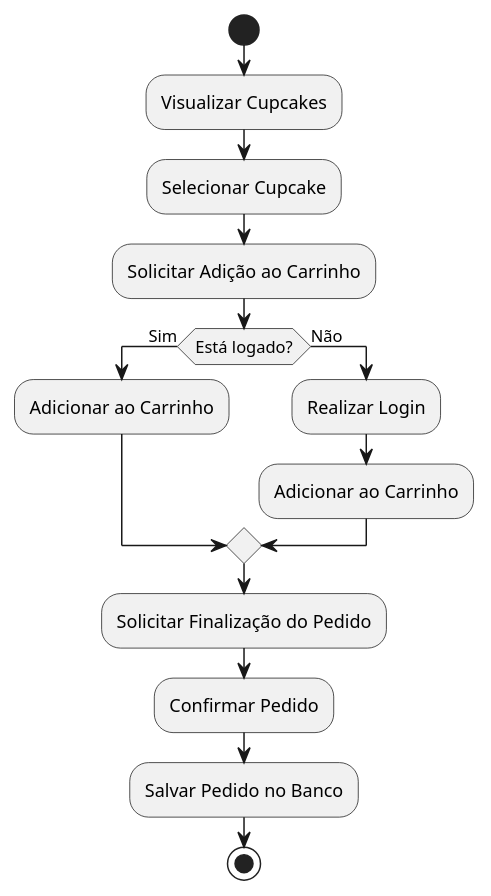
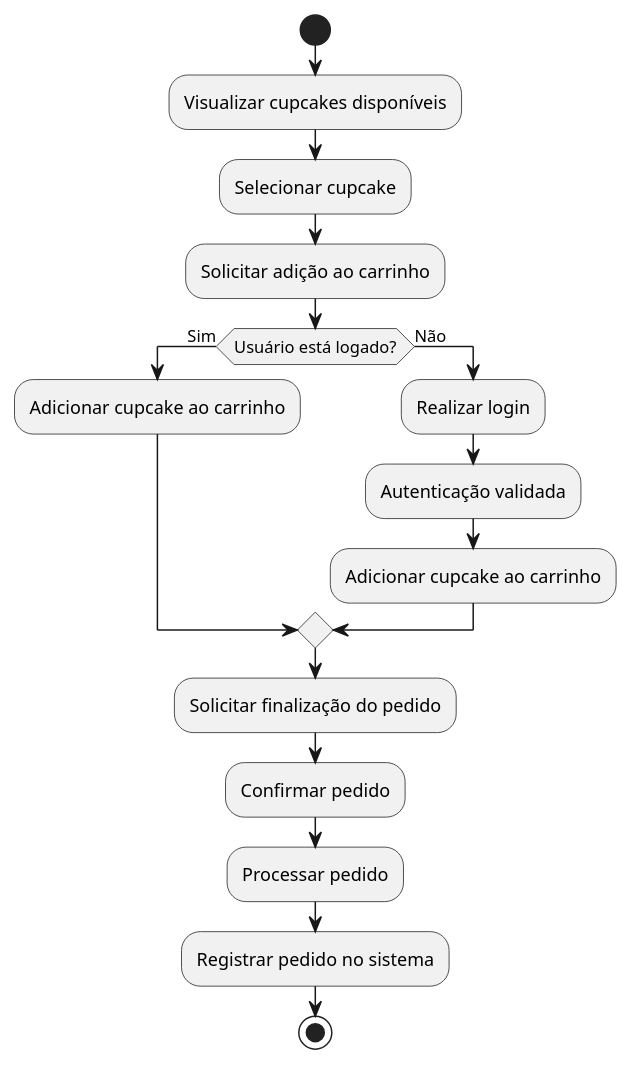
Before and after one commit to HeloisaFelizardo/CupcakeStore: the first of 2 diagrams in docs/uml/activity-diagram.puml, drawn with PlantUML. The commit also changed 8 other files, not shown here.

Commit message:
docs: adiciona modelagem do sistema, diagramas UML e mapas de navegação

```diff
--- a/docs/uml/activity-diagram.puml
+++ b/docs/uml/activity-diagram.puml
@@ -1,22 +1,29 @@
 @startuml Cliente
 
 start
 
-:Visualizar Cupcakes;
-:Selecionar Cupcake;
-:Solicitar Adição ao Carrinho;
+:Visualizar cupcakes disponíveis;
+:Selecionar cupcake;
+:Solicitar adição ao carrinho;
 
-if (Está logado?) then (Sim)
-    :Adicionar ao Carrinho;
+if (Usuário está logado?) then (Sim)
+
+    :Adicionar cupcake ao carrinho;
+
 else (Não)
-    :Realizar Login;
-    :Adicionar ao Carrinho;
+
+    :Realizar login;
+    :Autenticação validada;
+    :Adicionar cupcake ao carrinho;
+
 endif
 
-:Solicitar Finalização do Pedido;
-:Confirmar Pedido;
-:Salvar Pedido no Banco;
+:Solicitar finalização do pedido;
+:Confirmar pedido;
+
+:Processar pedido;
+:Registrar pedido no sistema;
 
 stop
 
 @enduml
```
